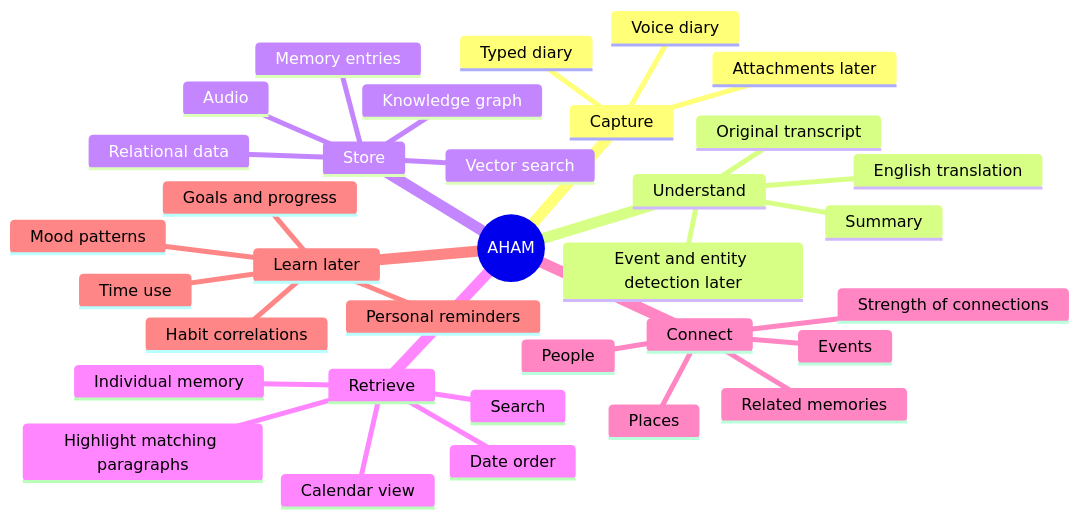
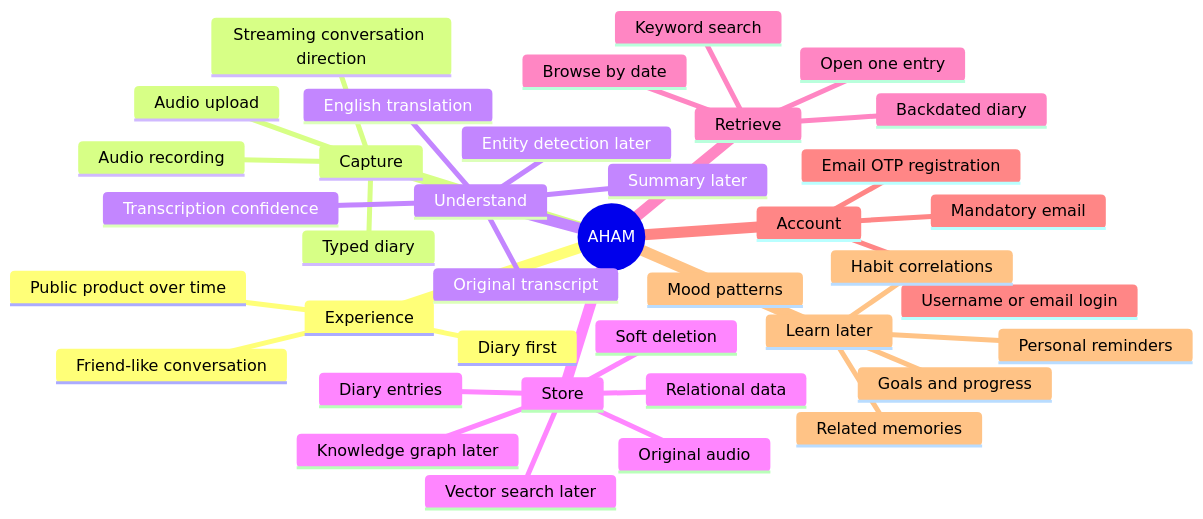
The diagram in canvas/project-map.md (adityavarmachandika/aham-docs), drawn with Mermaid before and after one commit. The commit also changed other lines of this file and 17 other files, not shown here.

````diff
--- a/canvas/project-map.md
+++ b/canvas/project-map.md
@@ -5,37 +5,41 @@
 ```mermaid
 mindmap
   root((AHAM))
+    Experience
+      Diary first
+      Friend-like conversation
+      Public product over time
     Capture
-      Voice diary
+      Audio upload
+      Audio recording
       Typed diary
-      Attachments later
+      Streaming conversation direction
     Understand
       Original transcript
       English translation
-      Summary
-      Event and entity detection later
+      Transcription confidence
+      Summary later
+      Entity detection later
     Store
-      Audio
-      Memory entries
+      Original audio
+      Diary entries
+      Soft deletion
       Relational data
-      Vector search
-      Knowledge graph
+      Vector search later
+      Knowledge graph later
     Retrieve
-      Date order
-      Calendar view
-      Individual memory
-      Search
-      Highlight matching paragraphs
-    Connect
+      Browse by date
+      Backdated diary
+      Open one entry
+      Keyword search
+    Account
+      Mandatory email
+      Email OTP registration
+      Username or email login
+    Learn later
       Related memories
-      People
-      Places
-      Events
-      Strength of connections
-    Learn later
       Mood patterns
       Habit correlations
       Goals and progress
-      Time use
       Personal reminders
 ```
````
